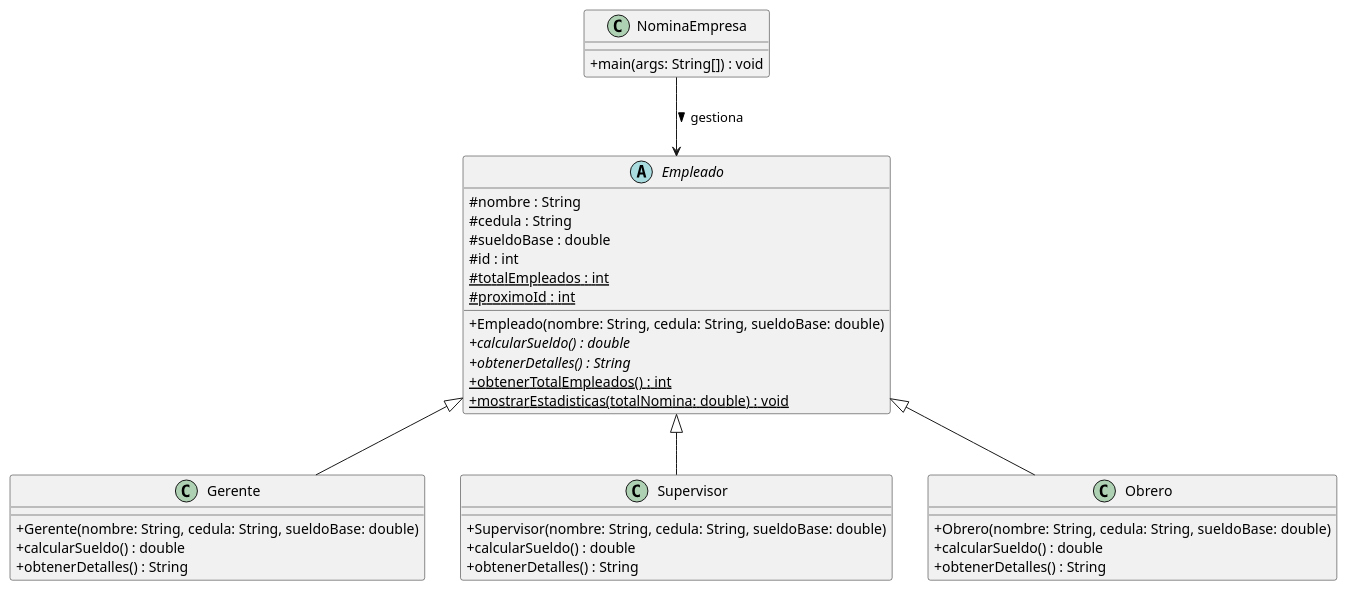
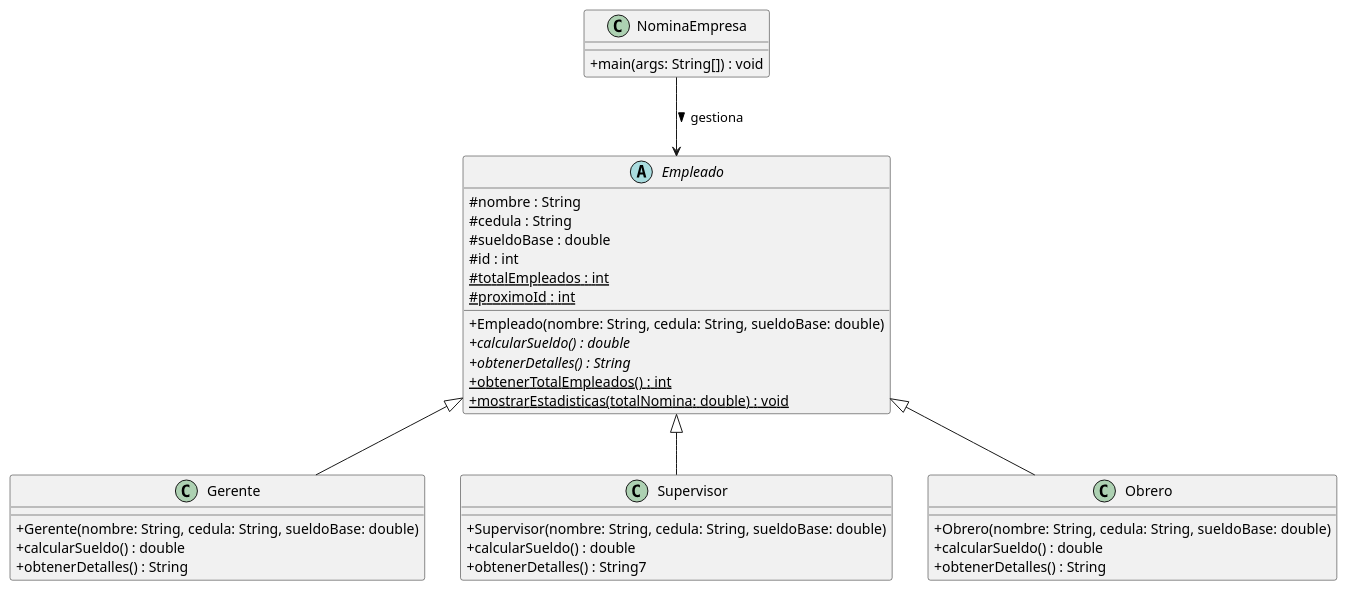
Before and after one commit to gssttvv5/Paradigmas-de-la-programaci-n: the diagram in Semana 3/SistemaNomina/PlantUml.wsd, drawn with PlantUML.

Commit message:
Carpeta de semana uno

```diff
--- a/Semana 3/SistemaNomina/PlantUml.wsd
+++ b/Semana 3/SistemaNomina/PlantUml.wsd
@@ -1,47 +1,47 @@
 @startuml
 skinparam classAttributeIconSize 0
 
 abstract class Empleado {
   # nombre : String
   # cedula : String
   # sueldoBase : double
   # id : int
   {static} # totalEmpleados : int
   {static} # proximoId : int
   
   + Empleado(nombre: String, cedula: String, sueldoBase: double)
   {abstract} + calcularSueldo() : double
   {abstract} + obtenerDetalles() : String
   {static} + obtenerTotalEmpleados() : int
   {static} + mostrarEstadisticas(totalNomina: double) : void
 }
 
 class Gerente {
   + Gerente(nombre: String, cedula: String, sueldoBase: double)
   + calcularSueldo() : double
   + obtenerDetalles() : String
 }
 
 class Supervisor {
   + Supervisor(nombre: String, cedula: String, sueldoBase: double)
   + calcularSueldo() : double
-  + obtenerDetalles() : String
+  + obtenerDetalles() : String7
 }
 
 class Obrero {
   + Obrero(nombre: String, cedula: String, sueldoBase: double)
   + calcularSueldo() : double
   + obtenerDetalles() : String
 }
 
 class NominaEmpresa {
   + main(args: String[]) : void
 }
 
 Empleado <|-- Gerente
 Empleado <|-- Supervisor
 Empleado <|-- Obrero
 
 NominaEmpresa --> Empleado : " gestiona >"
 
 @enduml
```
